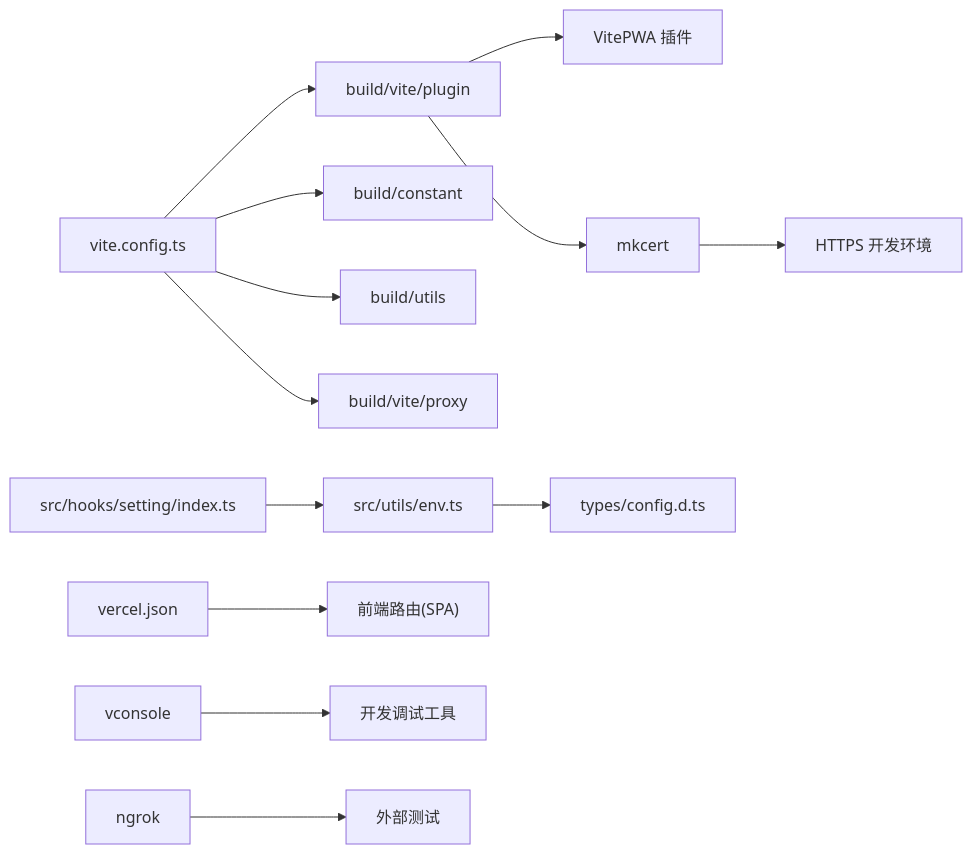
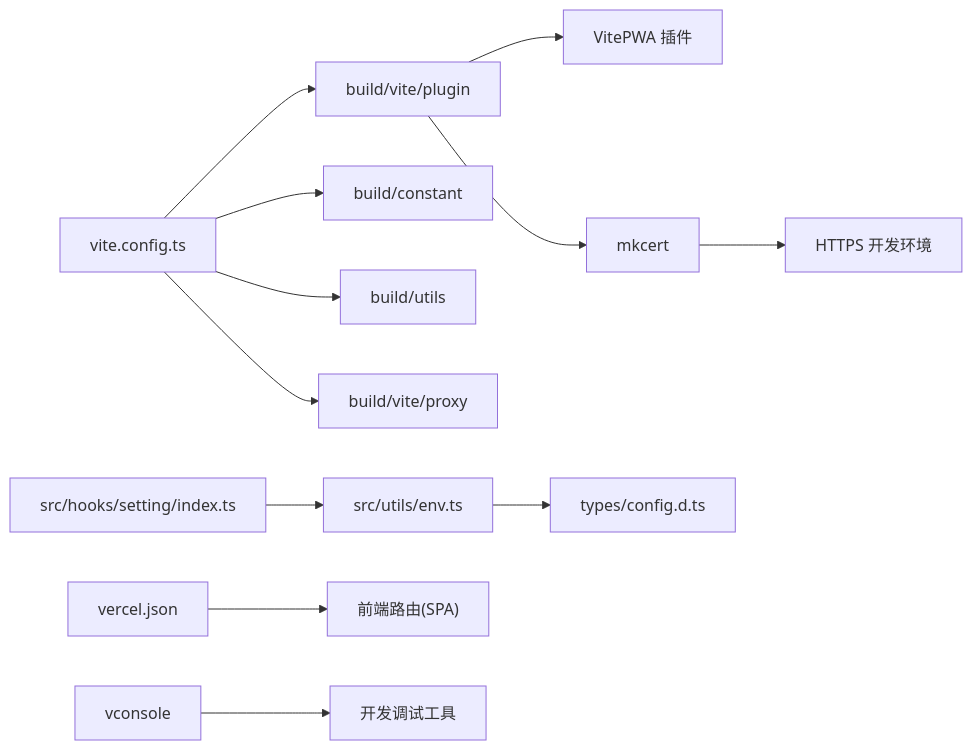
One commit to giserman001/vue3-vant4-mobile changed the seventh of 7 diagrams in .qoder/repowiki/zh/content/构建与部署.md. Above: the diagram before and after it, drawn with Mermaid. The commit also changed other lines of this file and 13 other files, not shown here.

````diff
--- a/.qoder/repowiki/zh/content/构建与部署.md
+++ b/.qoder/repowiki/zh/content/构建与部署.md
@@ -385,15 +375,14 @@
 ```mermaid
 graph LR
 VC["vite.config.ts"] --> P["build/vite/plugin"]
 VC --> C["build/constant"]
 VC --> U["build/utils"]
 VC --> X["build/vite/proxy"]
 P --> VITEPWA["VitePWA 插件"]
 P --> MKCERT["mkcert 插件"]
 ENV["src/utils/env.ts"] --> TYPES["types/config.d.ts"]
 SETTING["src/hooks/setting/index.ts"] --> ENV
 VERCEL["vercel.json"] --> ROUTER["前端路由(SPA)"]
 VCONSOLE["vconsole"] --> DEVTOOLS["开发调试工具"]
 MKCERT["mkcert"] --> HTTPS["HTTPS 开发环境"]
-NGROK["ngrok"] --> EXTERNAL["外部测试"]
 ```
````
